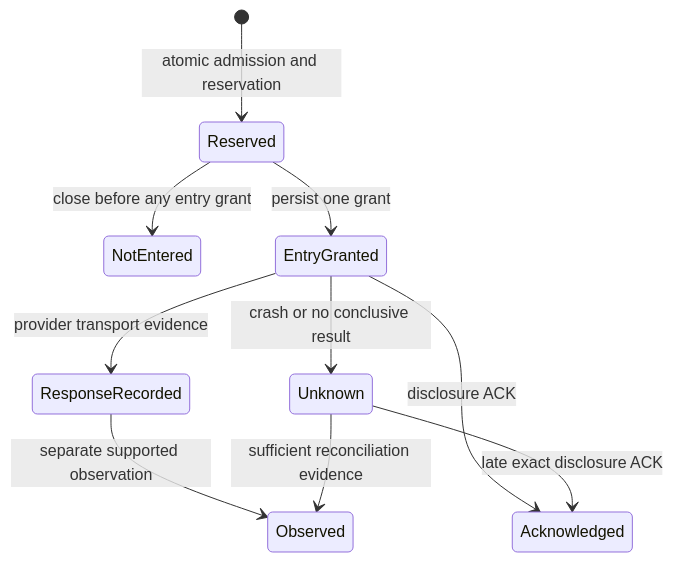
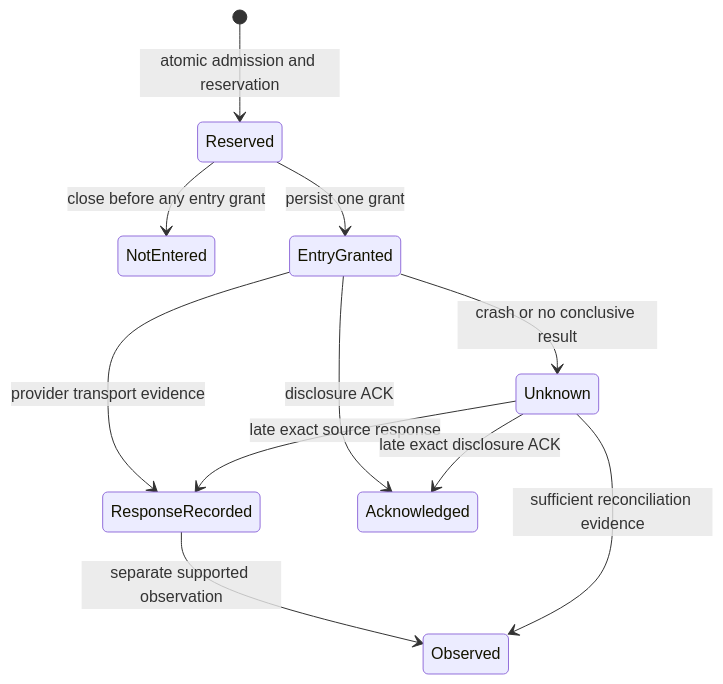
The third of 3 diagrams in docs/specs/0074-bound-effects-and-recovery-state-machine.md (auths-dev/auths-proof), drawn with Mermaid before and after one commit. The commit also changed 3 other files, not shown here.

````diff
--- a/docs/specs/0074-bound-effects-and-recovery-state-machine.md
+++ b/docs/specs/0074-bound-effects-and-recovery-state-machine.md
@@ -796,12 +796,13 @@
 ```mermaid
 stateDiagram-v2
     [*] --> Reserved: atomic admission and reservation
     Reserved --> NotEntered: close before any entry grant
     Reserved --> EntryGranted: persist one grant
     EntryGranted --> Unknown: crash or no conclusive result
     EntryGranted --> ResponseRecorded: provider transport evidence
     EntryGranted --> Acknowledged: disclosure ACK
     ResponseRecorded --> Observed: separate supported observation
     Unknown --> Observed: sufficient reconciliation evidence
+    Unknown --> ResponseRecorded: late exact source response
     Unknown --> Acknowledged: late exact disclosure ACK
 ```
````
